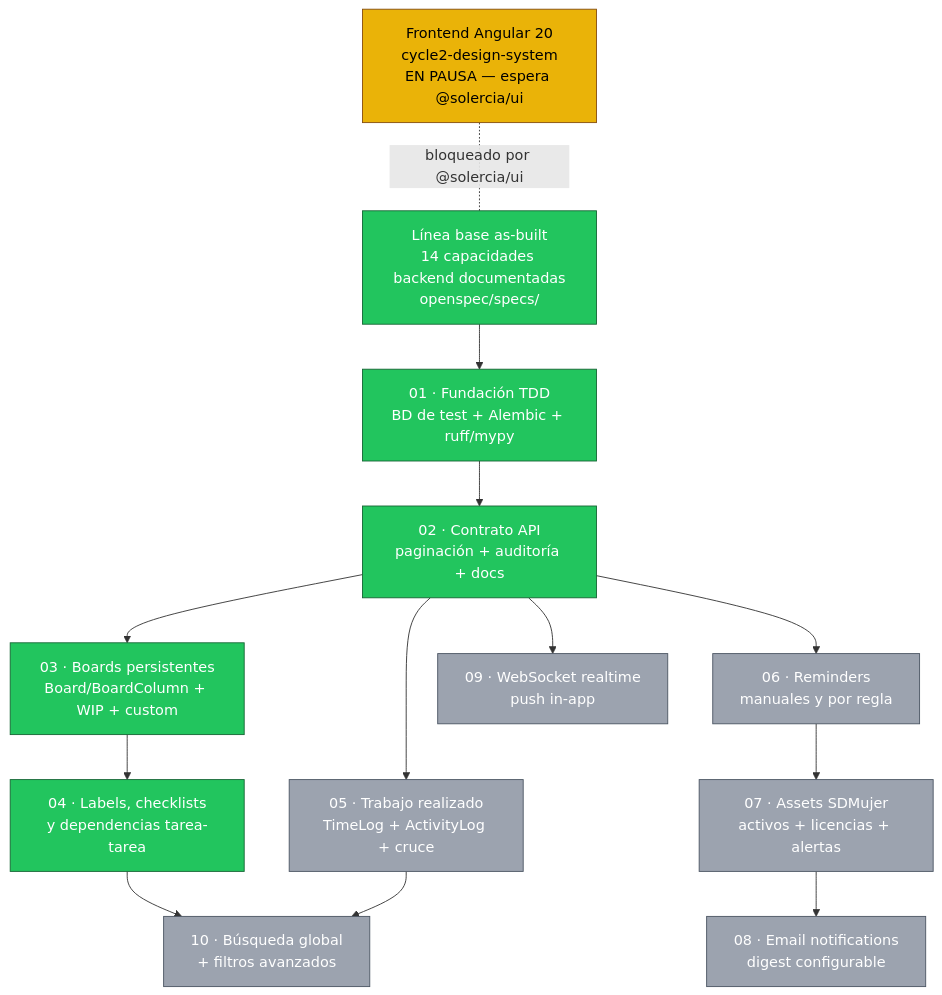
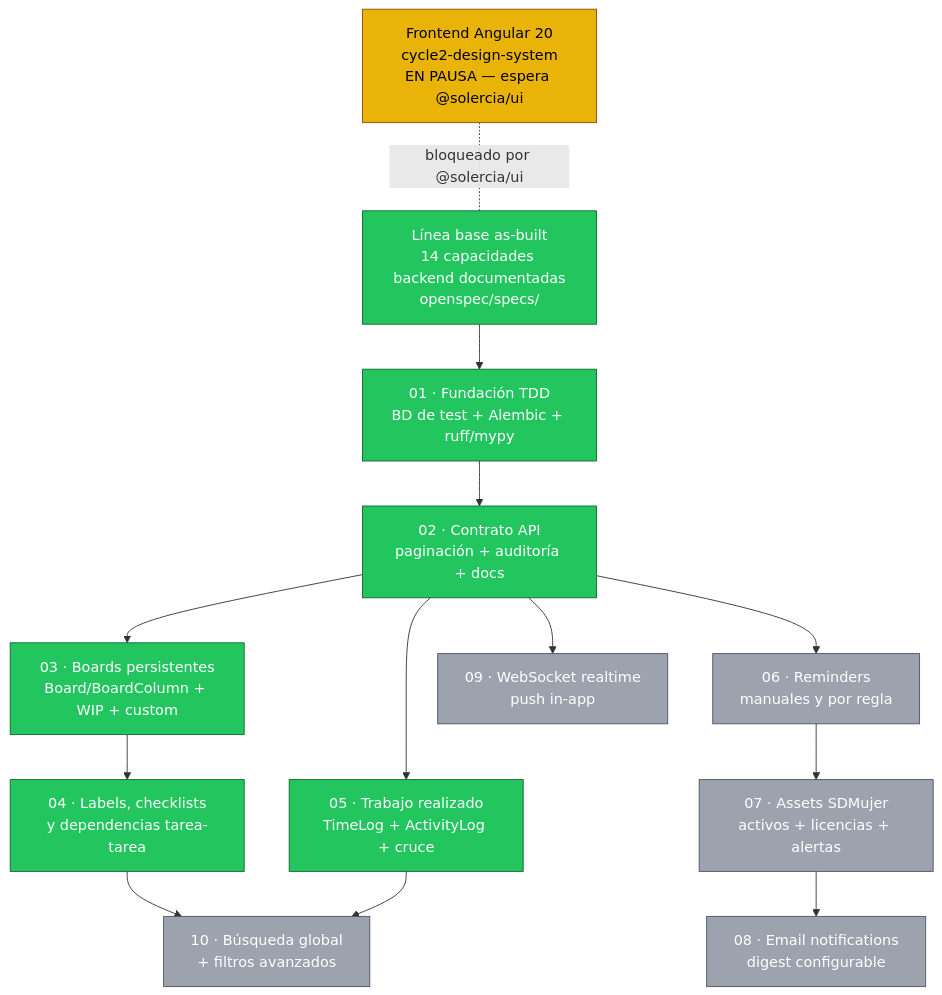
Before and after one commit to solercia-solutions/solercia-command: the diagram in openspec/AVANCE.md, drawn with Mermaid. The commit also changed other lines of this file and 12 other files, not shown here.

Commit message:
docs(sdd): archivar 05-trabajo-realizado — cierre de la meta 01-05 del roadmap backend

````diff
--- a/openspec/AVANCE.md
+++ b/openspec/AVANCE.md
@@ -9,40 +9,41 @@
 ```mermaid
 flowchart TD
     B0["Línea base as-built<br/>14 capacidades backend documentadas<br/>openspec/specs/"]
 
     C01["01 · Fundación TDD<br/>BD de test + Alembic + ruff/mypy"]
     C02["02 · Contrato API<br/>paginación + auditoría + docs"]
     C03["03 · Boards persistentes<br/>Board/BoardColumn + WIP + custom"]
     C04["04 · Labels, checklists<br/>y dependencias tarea-tarea"]
     C05["05 · Trabajo realizado<br/>TimeLog + ActivityLog + cruce"]
     C06["06 · Reminders<br/>manuales y por regla"]
     C07["07 · Assets SDMujer<br/>activos + licencias + alertas"]
     C08["08 · Email notifications<br/>digest configurable"]
     C09["09 · WebSocket realtime<br/>push in-app"]
     C10["10 · Búsqueda global<br/>+ filtros avanzados"]
 
     FE["Frontend Angular 20<br/>cycle2-design-system<br/>EN PAUSA — espera @solercia/ui"]
 
     B0 --> C01
     C01 --> C02
     C02 --> C03 --> C04
     C02 --> C05
     C02 --> C06 --> C07 --> C08
     C02 --> C09
     C04 --> C10
     C05 --> C10
 
     FE -.bloqueado por @solercia/ui.- B0
 
     class B0 done
     class C01 done
     class C02 done
     class C03 done
     class C04 done
+    class C05 done
     class FE inprogress
-    class C05,C06,C07,C08,C09,C10 pending
+    class C06,C07,C08,C09,C10 pending
 
     classDef done fill:#22c55e,stroke:#166534,color:#ffffff
     classDef inprogress fill:#eab308,stroke:#854d0e,color:#000000
     classDef pending fill:#9ca3af,stroke:#4b5563,color:#ffffff
 ```
````
